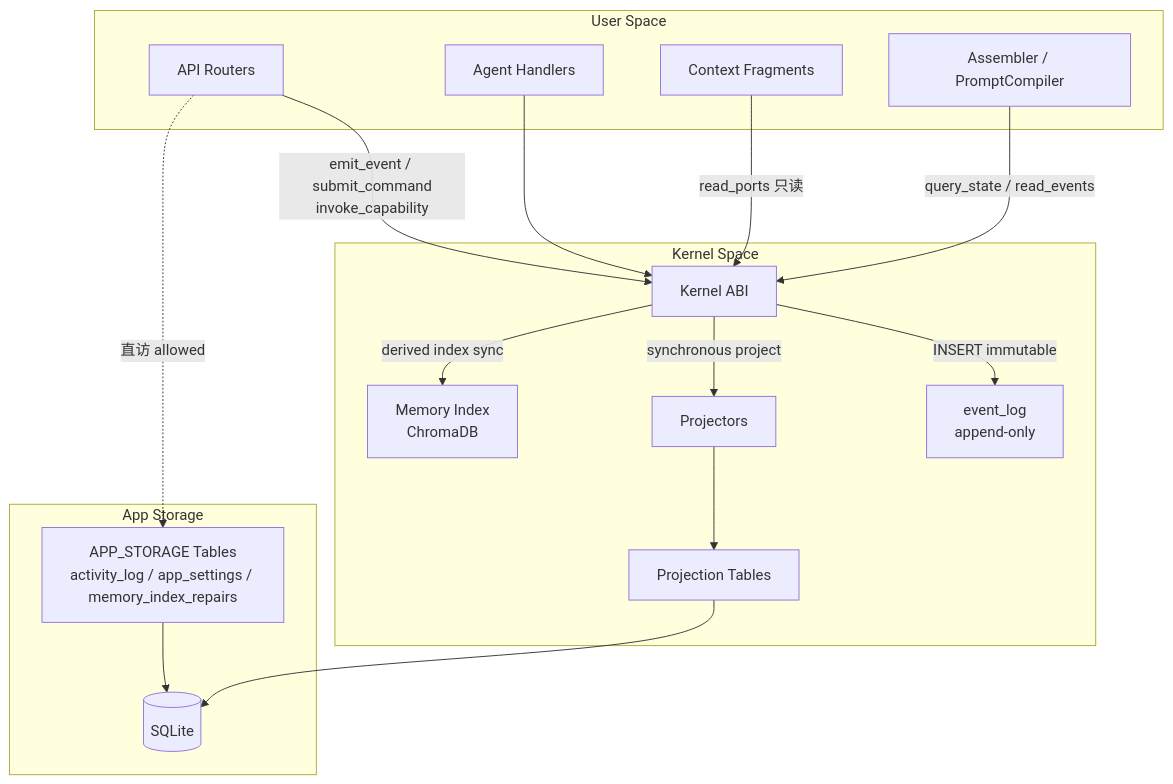
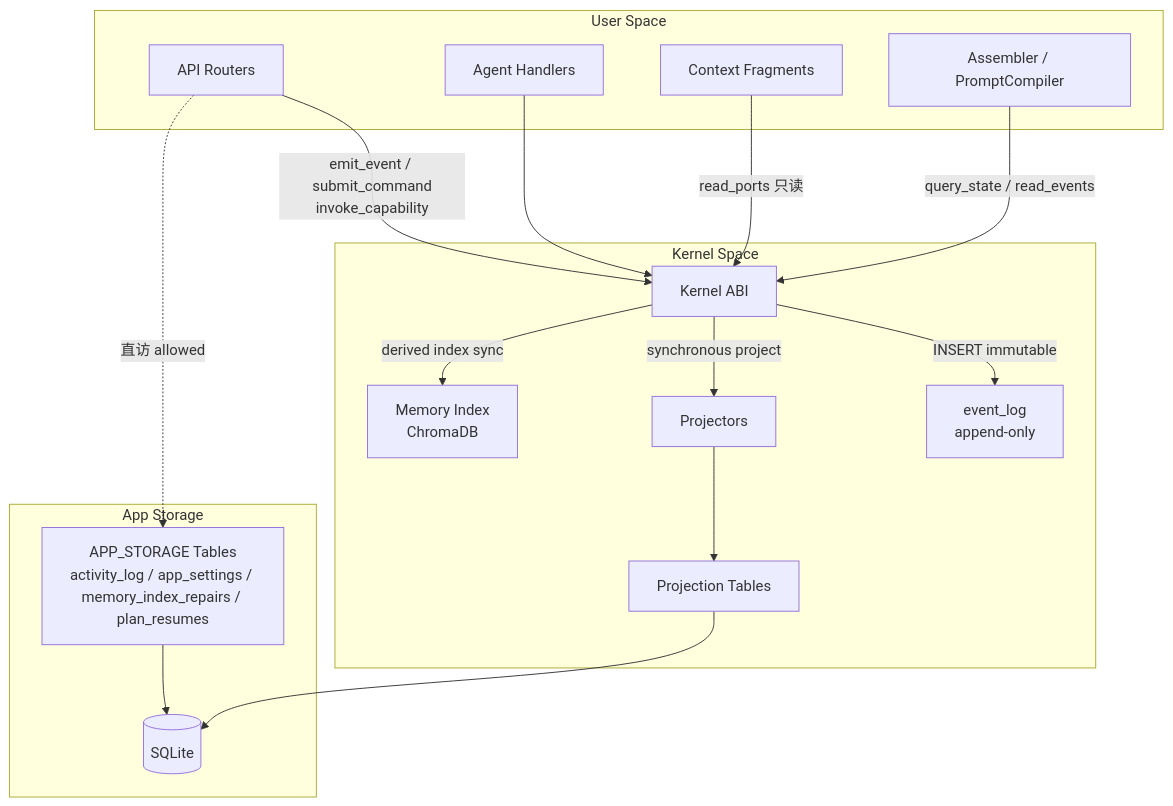
The second of 4 diagrams in docs/01-overview/architecture.md (yyyyyyyy/personal-ai-runtime), drawn with Mermaid before and after one commit. The commit also changed 22 other files, not shown here.

First line of the commit message:
feat(runtime): persist plan resumes and drop Lane A WorkItem shims

````diff
--- a/docs/01-overview/architecture.md
+++ b/docs/01-overview/architecture.md
@@ -43,36 +43,36 @@
 ```mermaid
 flowchart TB
     subgraph UserSpace[User Space]
         Routers[API Routers]
         Handlers[Agent Handlers]
         Fragments[Context Fragments]
         API[Assembler / PromptCompiler]
     end
 
     subgraph KernelSpace[Kernel Space]
         ABI[Kernel ABI]
         EL[event_log<br/>append-only]
         Proj[Projectors]
         Gov[Projection Tables]
         Mem[Memory Index<br/>ChromaDB]
     end
 
     subgraph AppStorage[App Storage]
-        App[APP_STORAGE Tables<br/>activity_log / app_settings / memory_index_repairs]
+        App[APP_STORAGE Tables<br/>activity_log / app_settings / memory_index_repairs / plan_resumes]
         DB[(SQLite)]
     end
 
     Routers -->|emit_event / submit_command<br/>invoke_capability| ABI
     Handlers --> ABI
     Fragments -->|read_ports 只读| ABI
     API -->|query_state / read_events| ABI
 
     ABI -->|INSERT immutable| EL
     ABI -->|synchronous project| Proj
     Proj --> Gov
     ABI -->|derived index sync| Mem
     Gov --> DB
 
     Routers -.->|直访 allowed| App
     App --> DB
 ```
````
